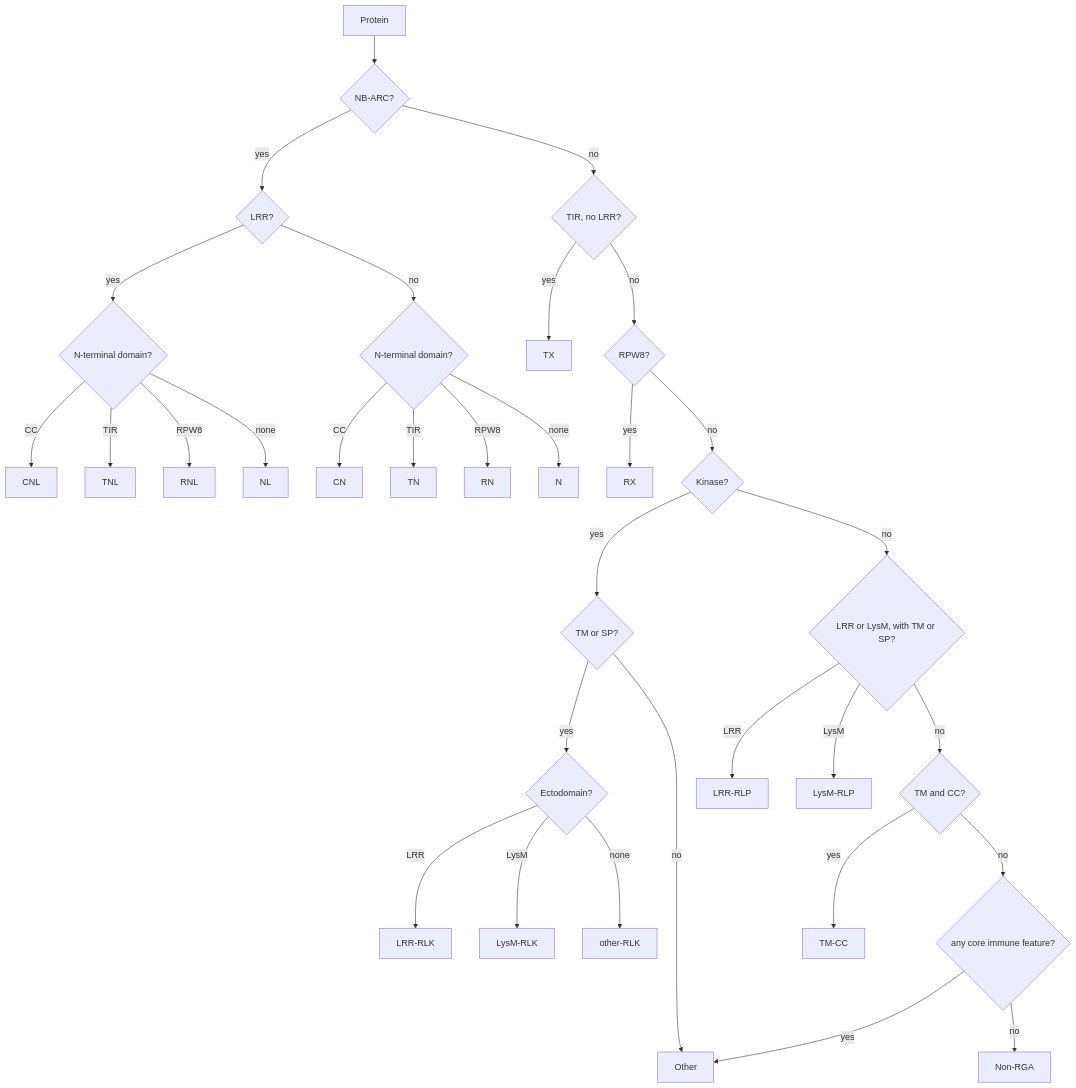
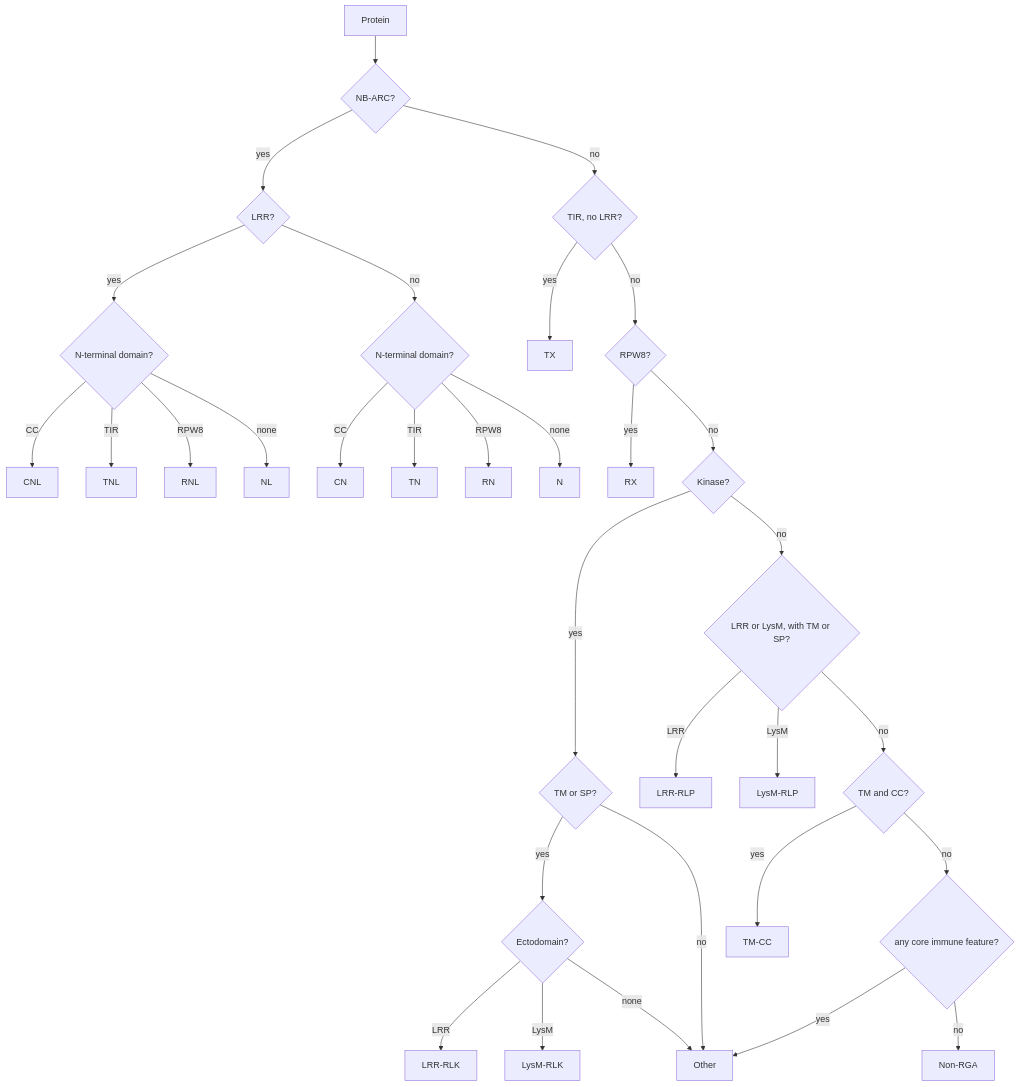
The diagram in docs/rga/README.md (omatheuspimenta/SugarcaneTranscriptomics), drawn with Mermaid before and after one commit. The commit also changed other lines of this file and 13 other files, not shown here.

````diff
--- a/docs/rga/README.md
+++ b/docs/rga/README.md
@@ -788,34 +811,34 @@
 ```mermaid
 flowchart TD
     A[Protein] --> B{NB-ARC?}
     B -- yes --> C{LRR?}
     C -- yes --> D{"N-terminal domain?"}
     D -- CC --> CNL[CNL]
     D -- TIR --> TNL[TNL]
     D -- RPW8 --> RNL[RNL]
     D -- none --> NL[NL]
     C -- no --> E{"N-terminal domain?"}
     E -- CC --> CN[CN]
     E -- TIR --> TN[TN]
     E -- RPW8 --> RN[RN]
     E -- none --> N[N]
     B -- no --> F{TIR, no LRR?}
     F -- yes --> TX[TX]
     F -- no --> G{RPW8?}
     G -- yes --> RX[RX]
     G -- no --> H{Kinase?}
     H -- yes --> I{"TM or SP?"}
     I -- yes --> J{Ectodomain?}
     J -- LRR --> LRRRLK[LRR-RLK]
     J -- LysM --> LYSMRLK[LysM-RLK]
-    J -- none --> ORLK[other-RLK]
-    I -- no --> OTHER[Other]
+    J -- none --> OTHER[Other]
+    I -- no --> OTHER
     H -- no --> K{"LRR or LysM, with TM or SP?"}
     K -- LRR --> LRRRLP[LRR-RLP]
     K -- LysM --> LYSMRLP[LysM-RLP]
     K -- no --> L{"TM and CC?"}
     L -- yes --> TMCC[TM-CC]
     L -- no --> M{"any core immune feature?"}
     M -- yes --> OTHER
     M -- no --> NONRGA[Non-RGA]
 ```
````
